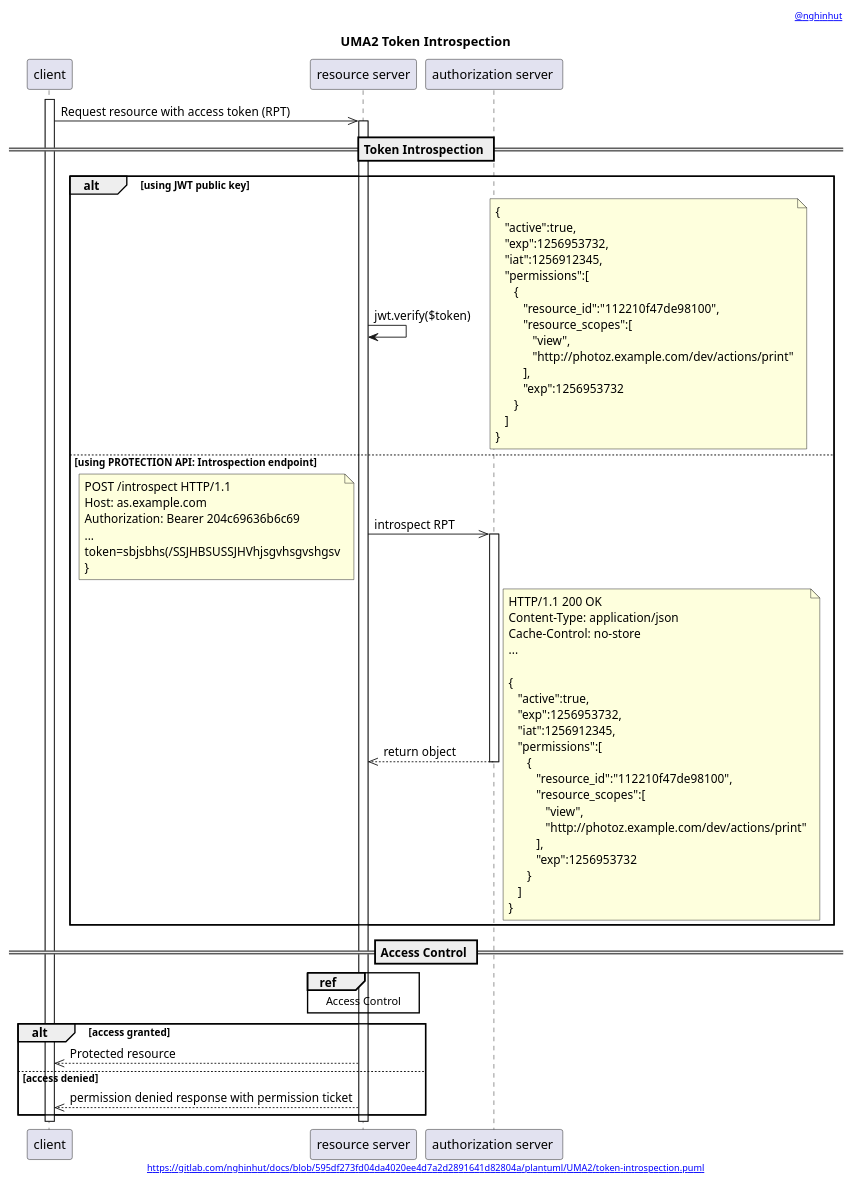
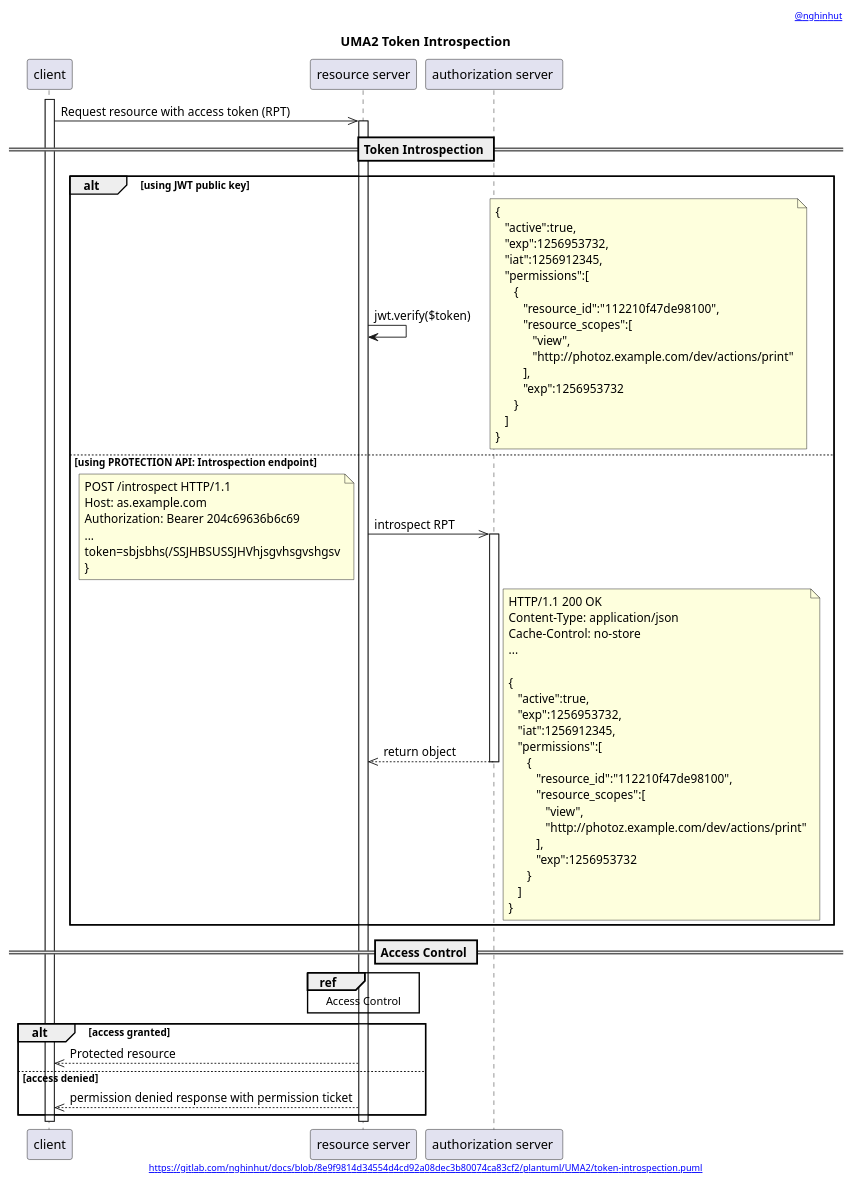
Before and after one commit to nghinhut/docs: the diagram in plantuml/UMA2/token-introspection.puml, drawn with PlantUML. The commit also changed 28 other files, not shown here.

```diff
--- a/plantuml/UMA2/token-introspection.puml
+++ b/plantuml/UMA2/token-introspection.puml
@@ -1,87 +1,87 @@
 @startuml
 '-----START auto generated metadata please keep comment here to allow auto update-----
 '-----DON'T EDIT THIS SECTION, INSTEAD RE-RUN prebuild.sh TO UPDATE-----
-header [[https://www.nghinhut.dev?from=http%5C%3A%5C%2F%5C%2Fwww%5C.plantuml%5C.com%5C%2Fplantuml%5C%2Fproxy%3Ffmt%3Dsvg%5C%26src%3Dhttps%5C%3A%5C%2F%5C%2Fgitlab%5C.com%5C%2Fnghinhut%5C%2Fdocs%5C%2Fraw%5C%2F595df273fd04da4020ee4d7a2d2891641d82804a%5C%2Fplantuml%5C%2FUMA2%5C%2Ftoken-introspection%5C.puml%0A @nghinhut]]
-footer [[http://www.plantuml.com/plantuml/proxy?fmt=svg&src=https://gitlab.com/nghinhut/docs/raw/595df273fd04da4020ee4d7a2d2891641d82804a/plantuml/UMA2/token-introspection.puml https://gitlab.com/nghinhut/docs/blob/595df273fd04da4020ee4d7a2d2891641d82804a/plantuml/UMA2/token-introspection.puml]]
+header [[https://www.nghinhut.dev?from=http%5C%3A%5C%2F%5C%2Fwww%5C.plantuml%5C.com%5C%2Fplantuml%5C%2Fproxy%3Ffmt%3Dsvg%5C%26src%3Dhttps%5C%3A%5C%2F%5C%2Fgitlab%5C.com%5C%2Fnghinhut%5C%2Fdocs%5C%2Fraw%5C%2F8e9f9814d34554d4cd92a08dec3b80074ca83cf2%5C%2Fplantuml%5C%2FUMA2%5C%2Ftoken-introspection%5C.puml%0A @nghinhut]]
+footer [[http://www.plantuml.com/plantuml/proxy?fmt=svg&src=https://gitlab.com/nghinhut/docs/raw/8e9f9814d34554d4cd92a08dec3b80074ca83cf2/plantuml/UMA2/token-introspection.puml https://gitlab.com/nghinhut/docs/blob/8e9f9814d34554d4cd92a08dec3b80074ca83cf2/plantuml/UMA2/token-introspection.puml]]
 '-----END auto generated metadata please keep comment here to allow auto update-----
 title UMA2 Token Introspection
 
 participant "client" as client
 participant "resource server" as rs
 participant "authorization server " as as
 
 activate client
 client ->> rs : Request resource with access token (RPT)
 activate rs
 
 == Token Introspection ==
 alt using JWT public key
     rs -> rs : jwt.verify($token)
     note right
         {
            "active":true,
            "exp":1256953732,
            "iat":1256912345,
            "permissions":[
               {
                  "resource_id":"112210f47de98100",
                  "resource_scopes":[
                     "view",
                     "http://photoz.example.com/dev/actions/print"
                  ],
                  "exp":1256953732
               }
            ]
         }
     end note
 else using PROTECTION API: Introspection endpoint
     rs ->> as : introspect RPT
     note left
         POST /introspect HTTP/1.1
         Host: as.example.com
         Authorization: Bearer 204c69636b6c69
         ...
         token=sbjsbhs(/SSJHBSUSSJHVhjsgvhsgvshgsv
         }
     end note
     activate as
     rs <<-- as : return object
     note right
         HTTP/1.1 200 OK
         Content-Type: application/json
         Cache-Control: no-store
         ...
 
         {
            "active":true,
            "exp":1256953732,
            "iat":1256912345,
            "permissions":[
               {
                  "resource_id":"112210f47de98100",
                  "resource_scopes":[
                     "view",
                     "http://photoz.example.com/dev/actions/print"
                  ],
                  "exp":1256953732
               }
            ]
         }
     end note
     deactivate as
 end
 
 == Access Control ==
 
 ref over rs
     Access Control
 end
 
 alt access granted
     client <<-- rs : Protected resource
 else access denied
     client <<-- rs : permission denied response with permission ticket
 end
 deactivate rs
 deactivate client
 @enduml
```
